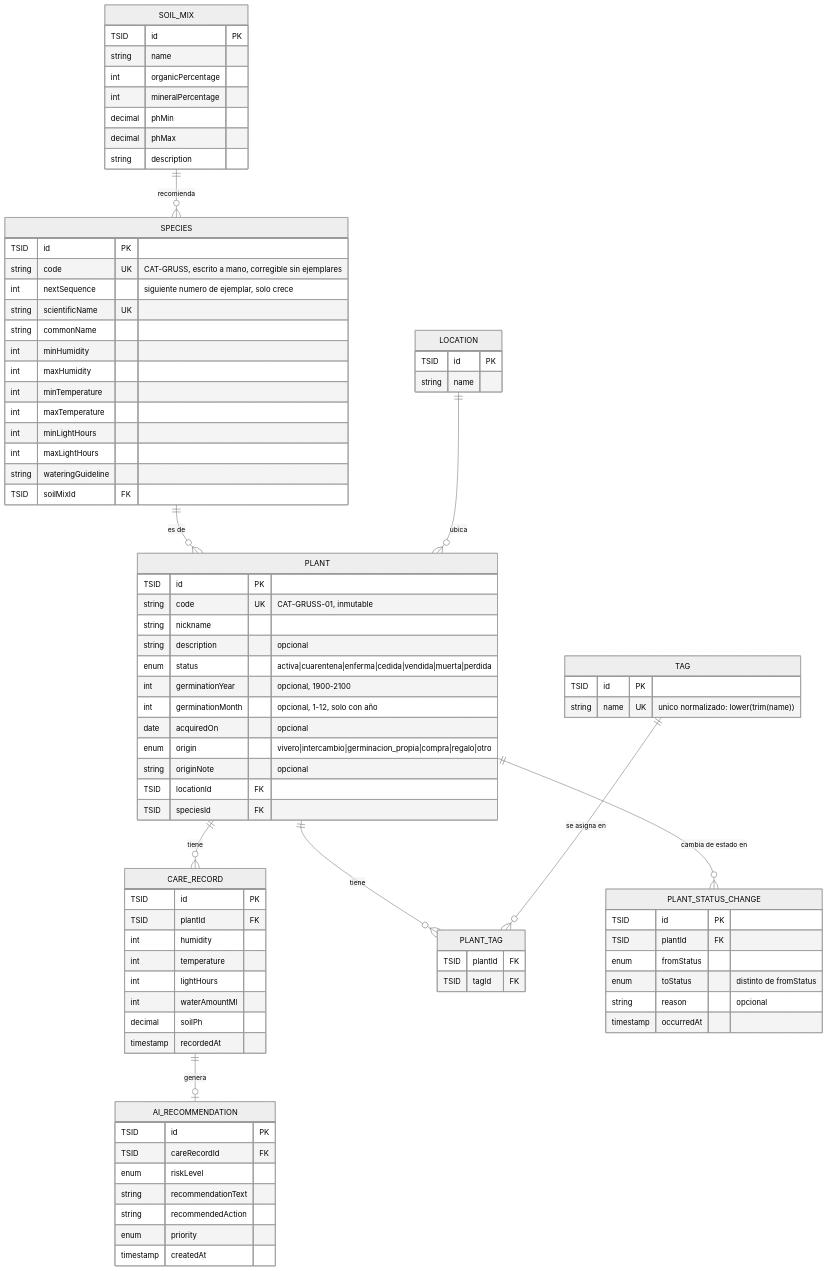
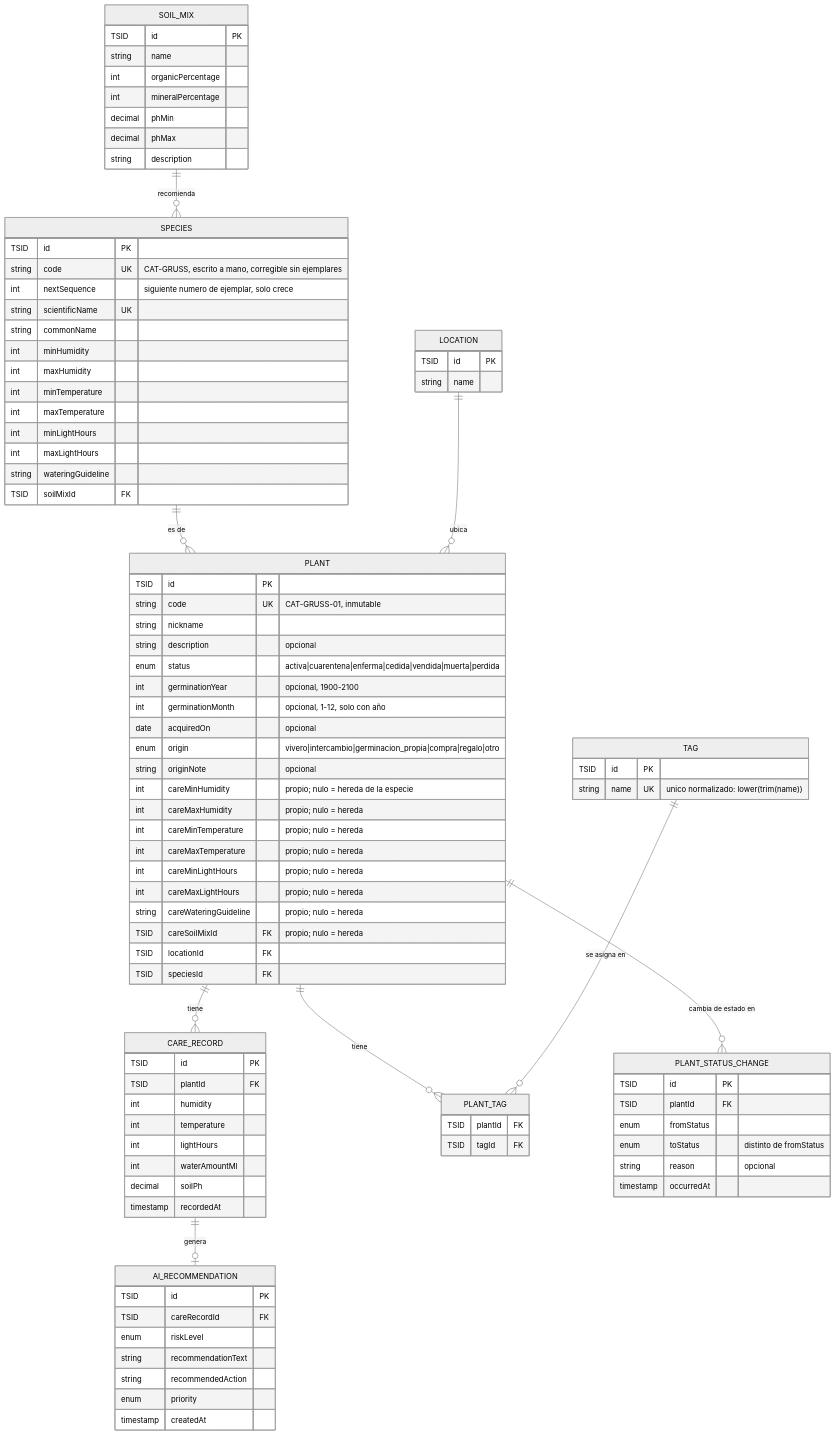
Before and after one commit to dnavarro-bj/AI4Devs-finalproject: the diagram in docs/diagramas/modelo-datos-actual.md, drawn with Mermaid (neutral theme). The commit also changed other lines of this file and 48 other files, not shown here.

```diff
--- a/docs/diagramas/modelo-datos-actual.md
+++ b/docs/diagramas/modelo-datos-actual.md
@@ -59,6 +59,14 @@
         date acquiredOn "opcional"
         enum origin "vivero|intercambio|germinacion_propia|compra|regalo|otro"
         string originNote "opcional"
+        int careMinHumidity "propio; nulo = hereda de la especie"
+        int careMaxHumidity "propio; nulo = hereda"
+        int careMinTemperature "propio; nulo = hereda"
+        int careMaxTemperature "propio; nulo = hereda"
+        int careMinLightHours "propio; nulo = hereda"
+        int careMaxLightHours "propio; nulo = hereda"
+        string careWateringGuideline "propio; nulo = hereda"
+        TSID careSoilMixId FK "propio; nulo = hereda"
         TSID locationId FK
         TSID speciesId FK
     }
```
